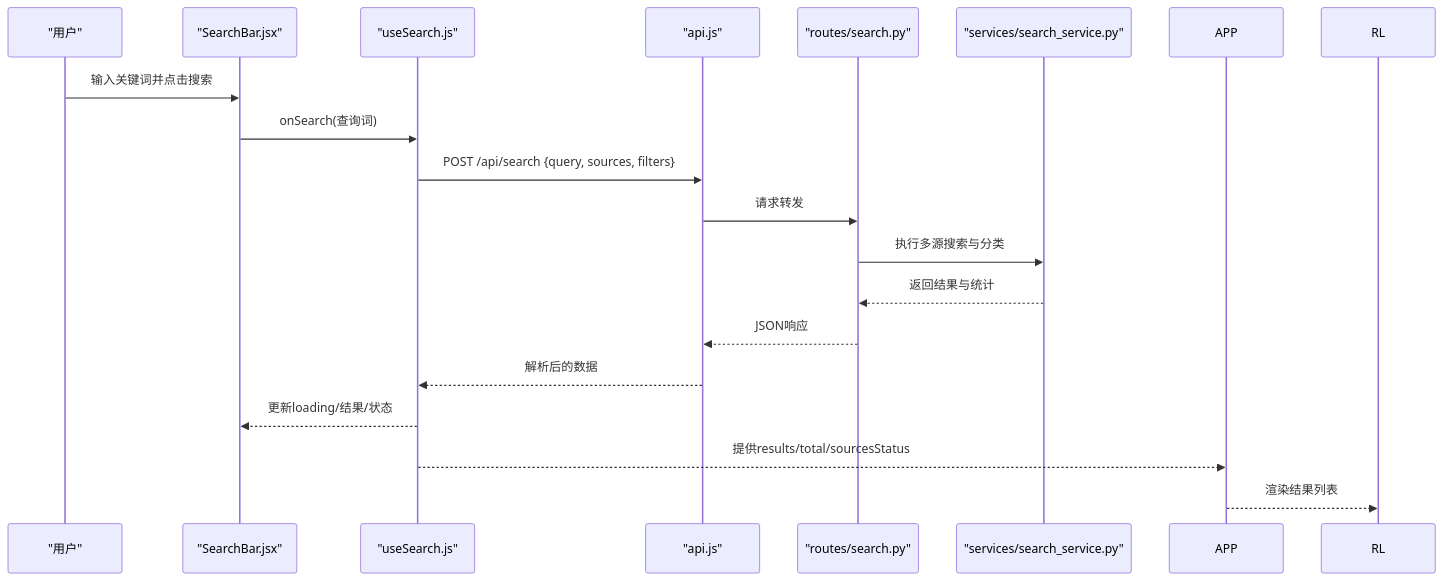
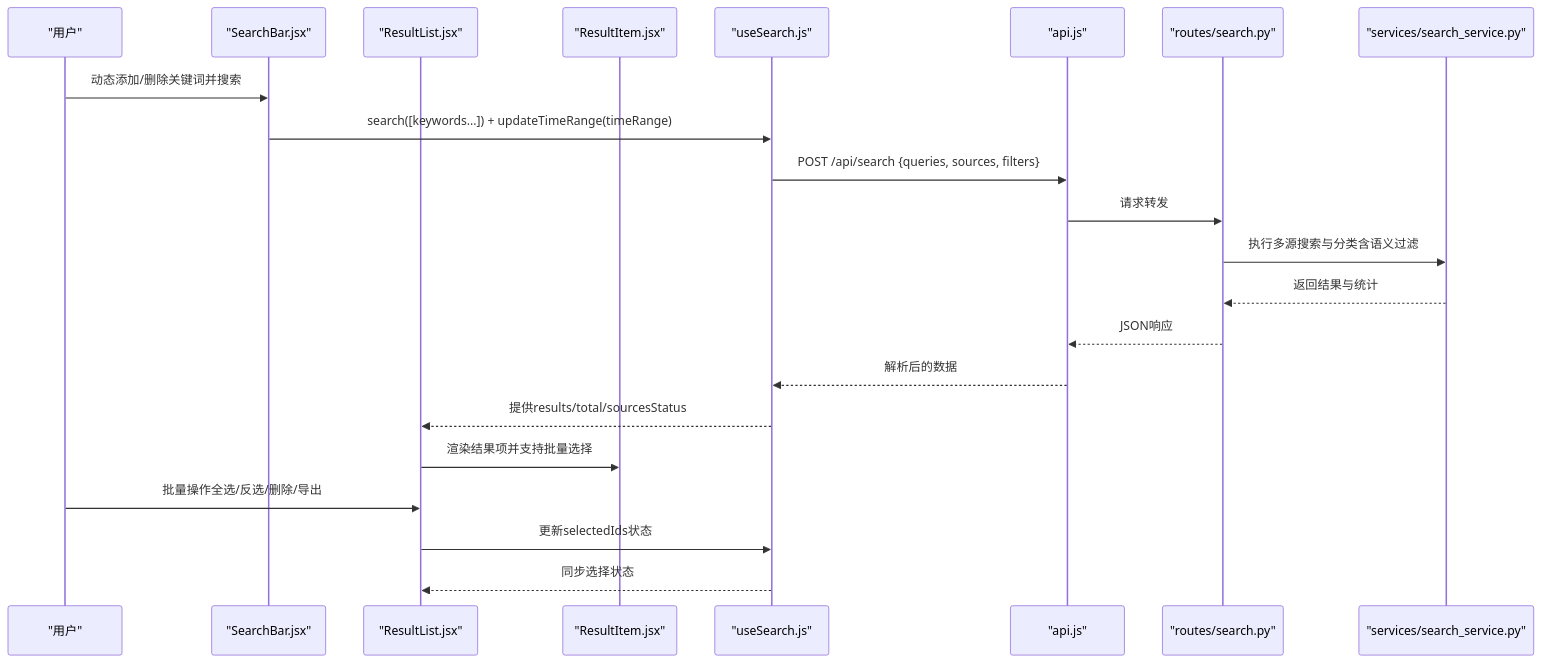
Before and after one commit to wangdy21/search_is_all_you_need: the second of 4 diagrams in .qoder/repowiki/zh/content/前端开发指南/组件架构设计/搜索相关组件.md, drawn with Mermaid. The commit also changed other lines of this file and 11 other files, not shown here.

````diff
--- a/.qoder/repowiki/zh/content/前端开发指南/组件架构设计/搜索相关组件.md
+++ b/.qoder/repowiki/zh/content/前端开发指南/组件架构设计/搜索相关组件.md
@@ -106,20 +124,24 @@
 ```mermaid
 sequenceDiagram
 participant U as "用户"
 participant SB as "SearchBar.jsx"
+participant RL as "ResultList.jsx"
+participant RI as "ResultItem.jsx"
 participant US as "useSearch.js"
 participant API as "api.js"
 participant R as "routes/search.py"
 participant S as "services/search_service.py"
-U->>SB : 输入关键词并点击搜索
-SB->>US : onSearch(查询词)
-US->>API : POST /api/search {query, sources, filters}
+U->>SB : 动态添加/删除关键词并搜索
+SB->>US : search([keywords...]) + updateTimeRange(timeRange)
+US->>API : POST /api/search {queries, sources, filters}
 API->>R : 请求转发
-R->>S : 执行多源搜索与分类
+R->>S : 执行多源搜索与分类含语义过滤
 S-->>R : 返回结果与统计
 R-->>API : JSON响应
 API-->>US : 解析后的数据
-US-->>SB : 更新loading/结果/状态
-US-->>APP : 提供results/total/sourcesStatus
-APP-->>RL : 渲染结果列表
+US-->>RL : 提供results/total/sourcesStatus
+RL->>RI : 渲染结果项并支持批量选择
+U->>RL : 批量操作全选/反选/删除/导出
+RL->>US : 更新selectedIds状态
+US-->>RL : 同步选择状态
 ```
````
